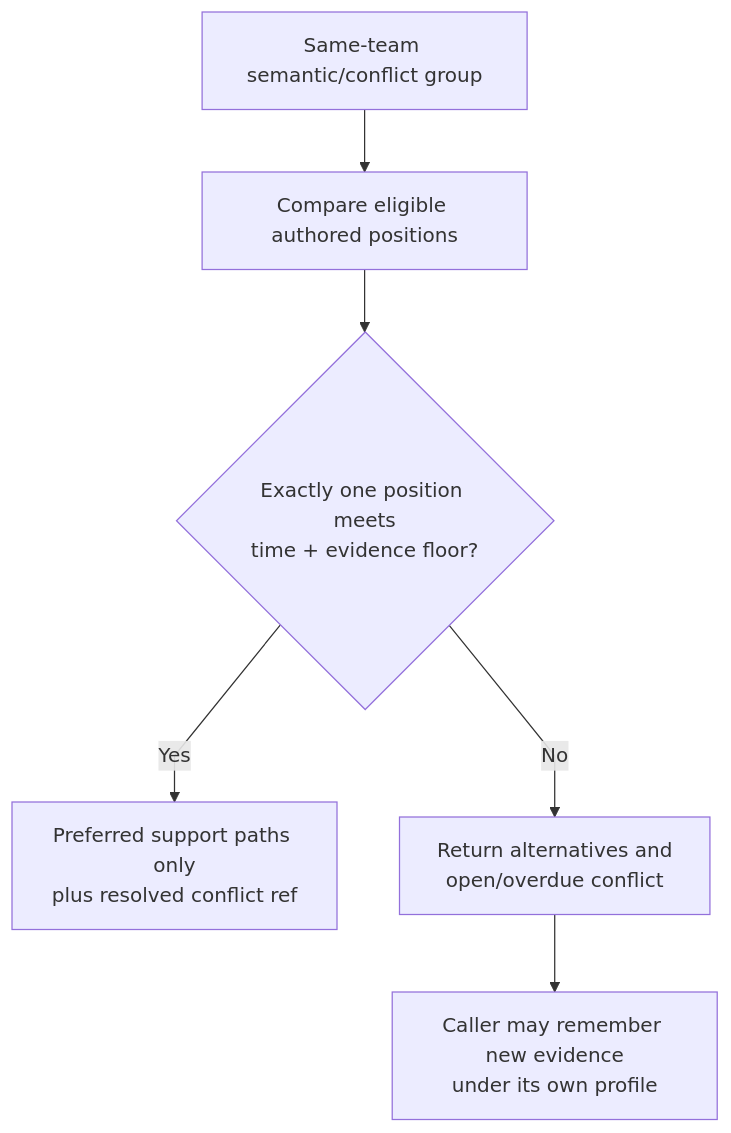
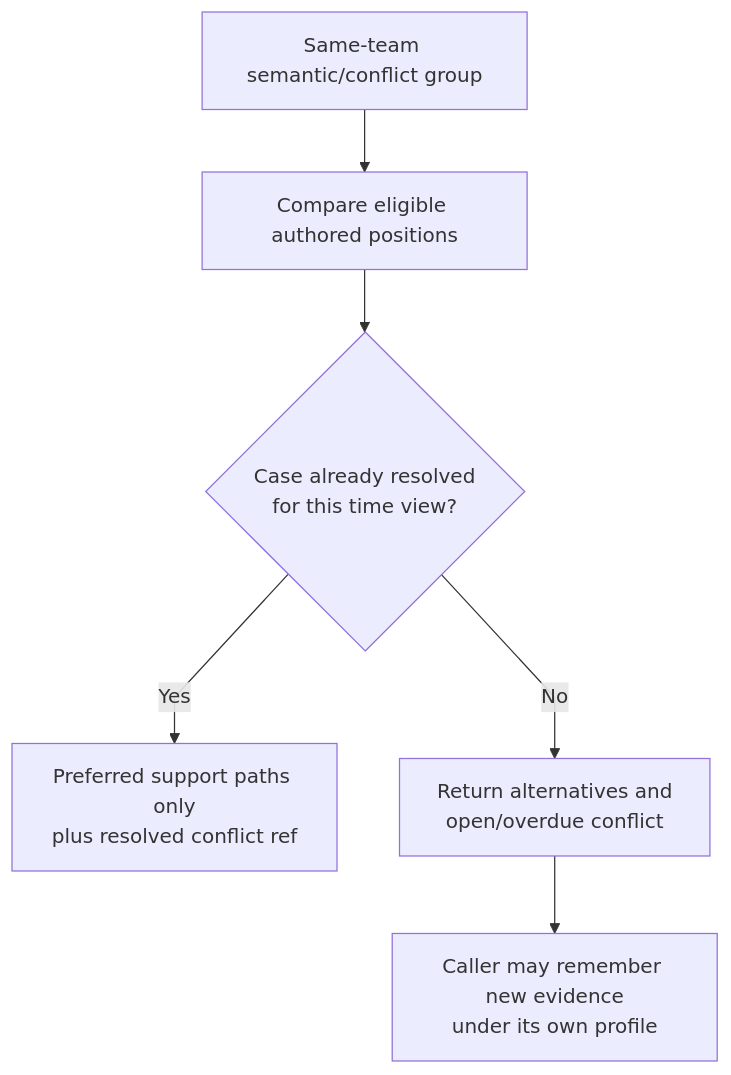
The second of 2 diagrams in Vector-Search-And-Ranking.md (markhuangai/dense-mem), drawn with Mermaid before and after one commit. The commit also changed other lines of this file and 15 other files, not shown here.

````diff
--- a/Vector-Search-And-Ranking.md
+++ b/Vector-Search-And-Ranking.md
@@ -274,9 +274,9 @@
 ```mermaid
 %%{init: {"flowchart": {"curve": "linear"}}}%%
 flowchart TD
   Group["Same-team semantic/conflict group"] --> Evidence["Compare eligible authored positions"]
-  Evidence --> Margin{"Exactly one position meets<br/>time + evidence floor?"}
-  Margin -- Yes --> Preferred["Preferred support paths only<br/>plus resolved conflict ref"]
-  Margin -- No --> Clarify["Return alternatives and<br/>open/overdue conflict"]
+  Evidence --> Case{"Case already resolved<br/>for this time view?"}
+  Case -- Yes --> Preferred["Preferred support paths only<br/>plus resolved conflict ref"]
+  Case -- No --> Clarify["Return alternatives and<br/>open/overdue conflict"]
   Clarify --> NewEvidence["Caller may remember new evidence<br/>under its own profile"]
 ```
````
